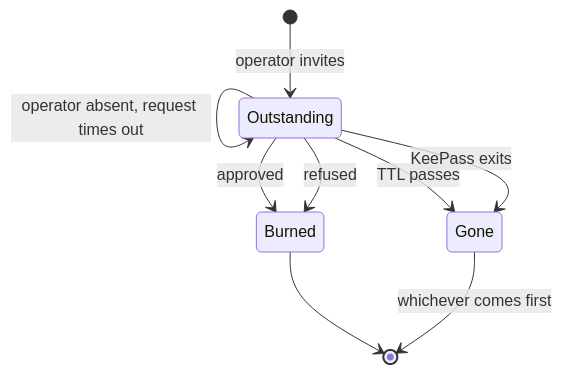
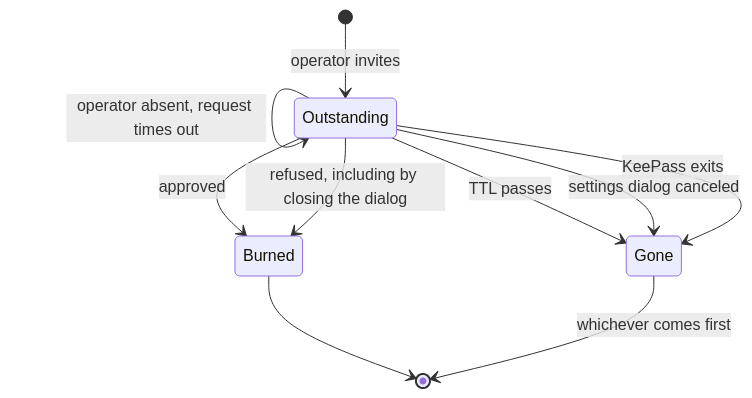
The fourth of 5 diagrams in PAIRING.md (mfrnd/KeePassGate), drawn with Mermaid before and after one commit. The commit also changed other lines of this file and 37 other files, not shown here.

````diff
--- a/PAIRING.md
+++ b/PAIRING.md
@@ -195,12 +195,13 @@
 ```mermaid
 stateDiagram-v2
     [*] --> Outstanding: operator invites
     Outstanding --> Outstanding: proof fails, no dialog raised
     Outstanding --> Outstanding: operator absent, request times out
     Outstanding --> Burned: approved
-    Outstanding --> Burned: refused
+    Outstanding --> Burned: refused, including by closing the dialog
     Outstanding --> Gone: TTL passes
+    Outstanding --> Gone: settings dialog canceled
     Outstanding --> Gone: KeePass exits
     Burned --> [*]
     Gone --> [*]: whichever comes first
 ```
````
